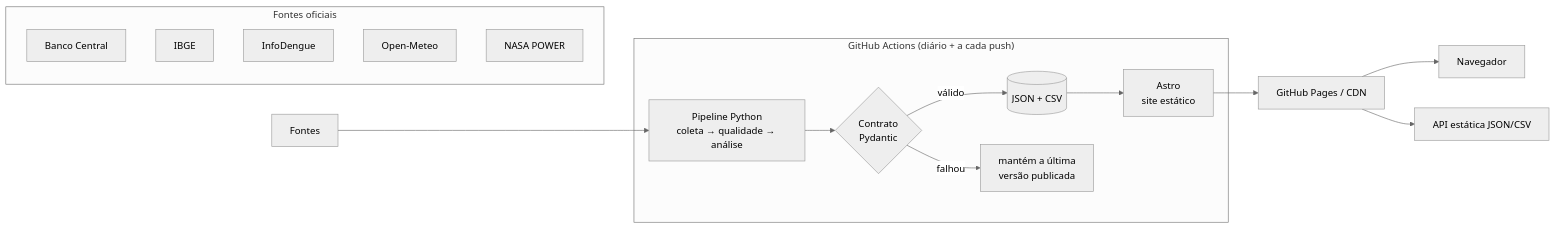
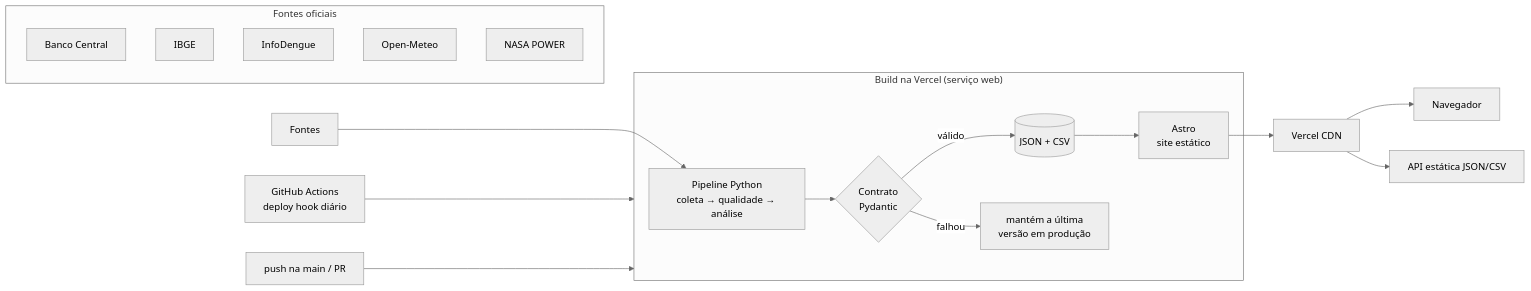
Before and after one commit to AknoLeonel/DataAn: the diagram in README.md, drawn with Mermaid (neutral theme). The commit also changed other lines of this file and 11 other files, not shown here.

First line of the commit message:
Hospedagem na Vercel: serviço web com pipeline no build

````diff
--- a/README.md
+++ b/README.md
@@ -25,16 +25,18 @@
 ```mermaid
 flowchart LR
   subgraph Fontes oficiais
     BCB[Banco Central]; IBGE; IDG[InfoDengue]; OM[Open-Meteo]; NASA[NASA POWER]
   end
-  subgraph "GitHub Actions (diário + a cada push)"
+  GH["GitHub Actions<br/>deploy hook diário"] --> B
+  G["push na main / PR"] --> B
+  subgraph B ["Build na Vercel (serviço web)"]
     P["Pipeline Python<br/>coleta → qualidade → análise"] --> C{"Contrato<br/>Pydantic"}
     C -->|válido| J[(JSON + CSV)]
-    C -->|falhou| F["mantém a última<br/>versão publicada"]
+    C -->|falhou| F["mantém a última<br/>versão em produção"]
     J --> A["Astro<br/>site estático"]
   end
   Fontes --> P
-  A --> GP[GitHub Pages / CDN]
-  GP --> U[Navegador]
-  GP --> API[API estática JSON/CSV]
+  A --> CDN[Vercel CDN]
+  CDN --> U[Navegador]
+  CDN --> API[API estática JSON/CSV]
 ```
````
